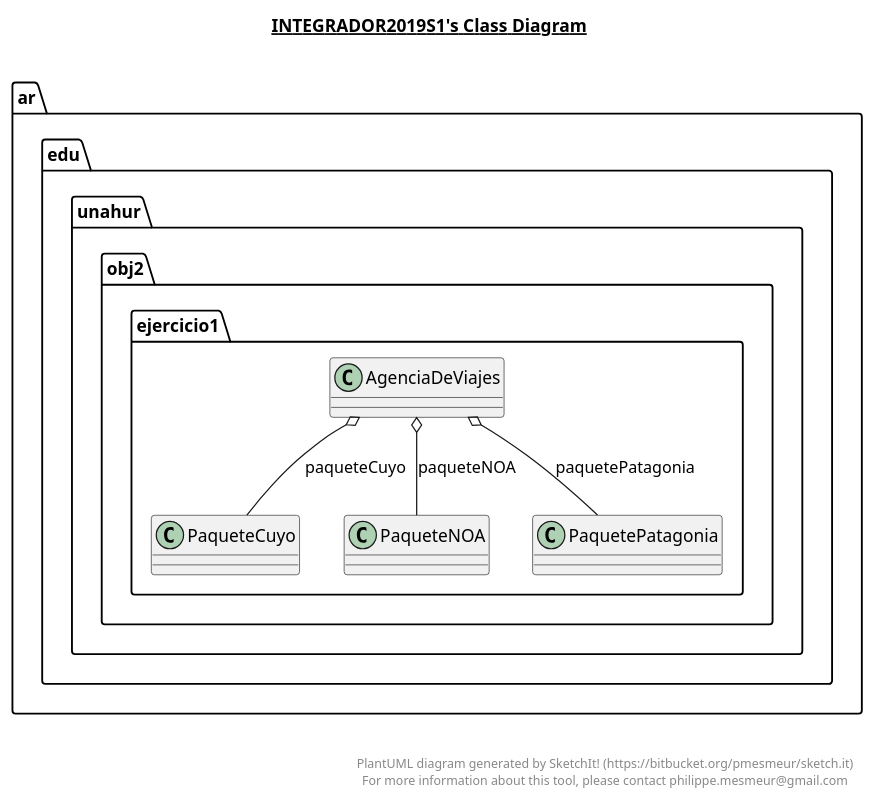
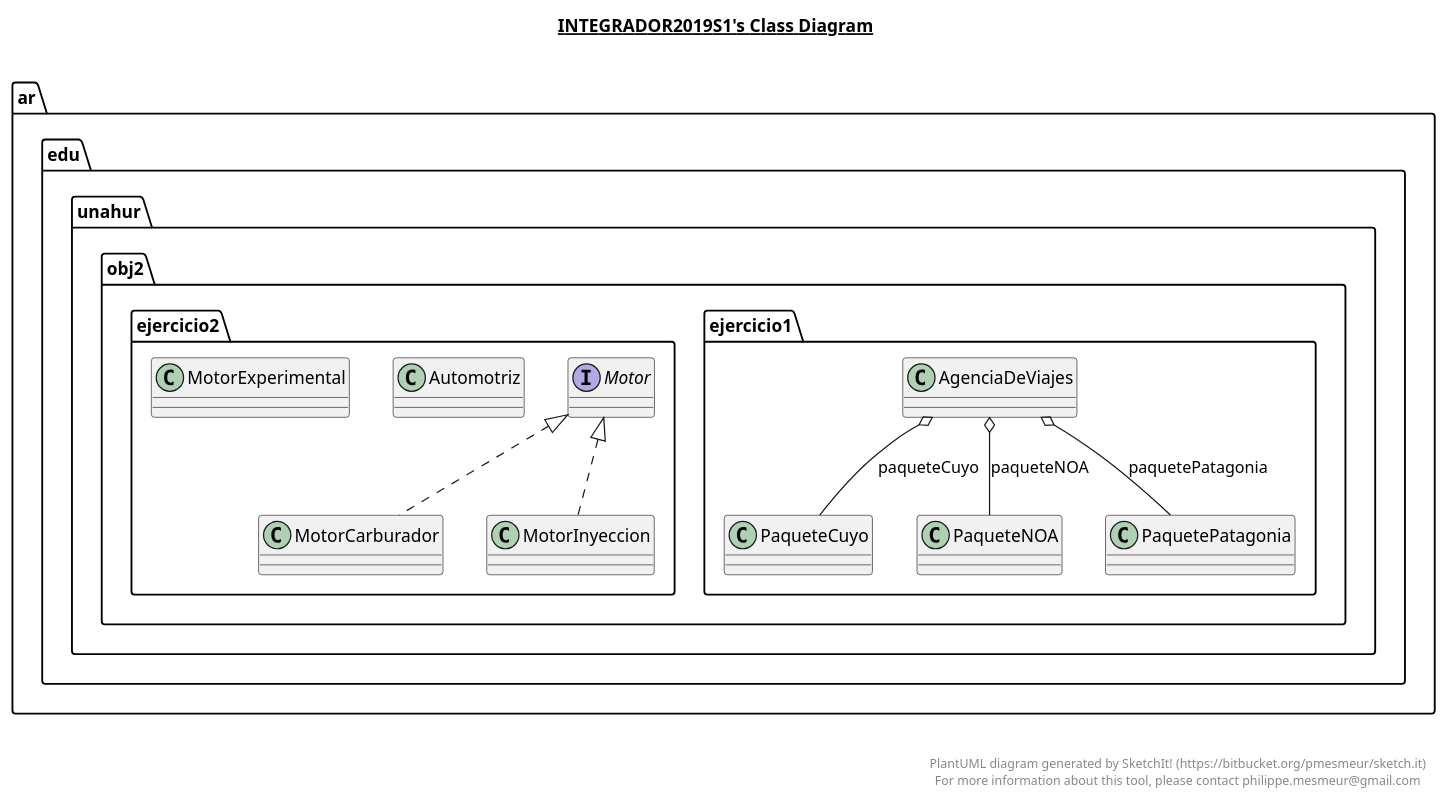
Before and after one commit to obj2-unahur/integrador-2019S1: the diagram in integrador2019s1.plantuml, drawn with PlantUML. The commit also changed 10 other files, not shown here.

```diff
--- a/integrador2019s1.plantuml
+++ b/integrador2019s1.plantuml
@@ -1,41 +1,73 @@
 @startuml
 
 title __INTEGRADOR2019S1's Class Diagram__\n
 
   namespace ar.edu.unahur.obj2.ejercicio1 {
     class ar.edu.unahur.obj2.ejercicio1.AgenciaDeViajes {
+    }
+  }
+  
+
+  namespace ar.edu.unahur.obj2.ejercicio2 {
+    class ar.edu.unahur.obj2.ejercicio2.Automotriz {
+    }
+  }
+  
+
+  namespace ar.edu.unahur.obj2.ejercicio2 {
+    interface ar.edu.unahur.obj2.ejercicio2.Motor {
+    }
+  }
+  
+
+  namespace ar.edu.unahur.obj2.ejercicio2 {
+    class ar.edu.unahur.obj2.ejercicio2.MotorCarburador {
+    }
+  }
+  
+
+  namespace ar.edu.unahur.obj2.ejercicio2 {
+    class ar.edu.unahur.obj2.ejercicio2.MotorExperimental {
+    }
+  }
+  
+
+  namespace ar.edu.unahur.obj2.ejercicio2 {
+    class ar.edu.unahur.obj2.ejercicio2.MotorInyeccion {
     }
   }
   
 
   namespace ar.edu.unahur.obj2.ejercicio1 {
     class ar.edu.unahur.obj2.ejercicio1.PaqueteCuyo {
     }
   }
   
 
   namespace ar.edu.unahur.obj2.ejercicio1 {
     class ar.edu.unahur.obj2.ejercicio1.PaqueteNOA {
     }
   }
   
 
   namespace ar.edu.unahur.obj2.ejercicio1 {
     class ar.edu.unahur.obj2.ejercicio1.PaquetePatagonia {
     }
   }
   
 
   ar.edu.unahur.obj2.ejercicio1.AgenciaDeViajes o-- ar.edu.unahur.obj2.ejercicio1.PaqueteCuyo : paqueteCuyo
   ar.edu.unahur.obj2.ejercicio1.AgenciaDeViajes o-- ar.edu.unahur.obj2.ejercicio1.PaqueteNOA : paqueteNOA
   ar.edu.unahur.obj2.ejercicio1.AgenciaDeViajes o-- ar.edu.unahur.obj2.ejercicio1.PaquetePatagonia : paquetePatagonia
+  ar.edu.unahur.obj2.ejercicio2.MotorCarburador .up.|> ar.edu.unahur.obj2.ejercicio2.Motor
+  ar.edu.unahur.obj2.ejercicio2.MotorInyeccion .up.|> ar.edu.unahur.obj2.ejercicio2.Motor
 
 
 right footer
 
 
 PlantUML diagram generated by SketchIt! (https://bitbucket.org/pmesmeur/sketch.it)
 For more information about this tool, please contact philippe.mesmeur@gmail.com
 endfooter
 
 @enduml
```
